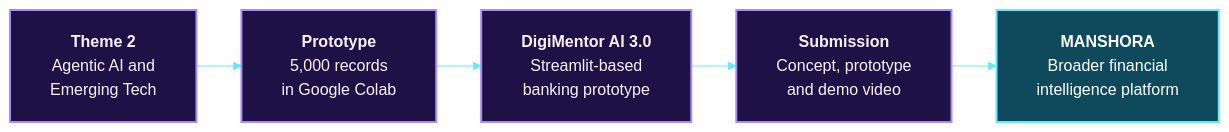
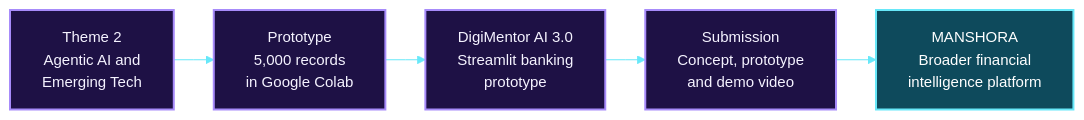
The second of 17 diagrams in README.md (Mansi232323/MANSHORA), drawn with Mermaid before and after one commit. The commit also changed other lines of this file, not shown here.

````diff
--- a/README.md
+++ b/README.md
@@ -82,12 +120,12 @@
 ```mermaid
-%%{init: {'theme':'base','themeVariables':{'fontSize':'16px','fontFamily':'Arial, Helvetica, sans-serif','primaryColor':'#1e1145','primaryTextColor':'#f5f3ff','primaryBorderColor':'#a78bfa','lineColor':'#67e8f9'},'flowchart':{'htmlLabels':true,'nodeSpacing':40,'rankSpacing':45,'padding':20,'wrappingWidth':260}}}%%
+%%{init: {'theme':'base','themeVariables':{'fontSize':'15px','fontFamily':'Arial, Helvetica, sans-serif','primaryColor':'#1e1145','primaryTextColor':'#f5f3ff','primaryBorderColor':'#a78bfa','lineColor':'#67e8f9','textColor':'#f5f3ff','edgeLabelBackground':'#1e1145'},'flowchart':{'htmlLabels':true,'nodeSpacing':35,'rankSpacing':40,'padding':16,'curve':'linear'}}}%%
 flowchart LR
-    h1["<b>Theme 2</b><br/>Agentic AI and<br/>Emerging Tech"] --> h2["<b>Prototype</b><br/>5,000 records<br/>in Google Colab"]
-    h2 --> h3["<b>DigiMentor AI 3.0</b><br/>Streamlit-based<br/>banking prototype"]
-    h3 --> h4["<b>Submission</b><br/>Concept, prototype<br/>and demo video"]
-    h4 --> b1["<b>MANSHORA</b><br/>Broader financial<br/>intelligence platform"]
+    h1["Theme 2<br/>Agentic AI and<br/>Emerging Tech"] --> h2["Prototype<br/>5,000 records<br/>in Google Colab"]
+    h2 --> h3["DigiMentor AI 3.0<br/>Streamlit banking<br/>prototype"]
+    h3 --> h4["Submission<br/>Concept, prototype<br/>and demo video"]
+    h4 --> b1["MANSHORA<br/>Broader financial<br/>intelligence platform"]
     classDef hack fill:#1e1145,stroke:#a78bfa,stroke-width:2px,color:#f5f3ff
     classDef now fill:#0e4a5c,stroke:#67e8f9,stroke-width:2px,color:#ffffff
     class h1,h2,h3,h4 hack
     class b1 now
 ```
````
